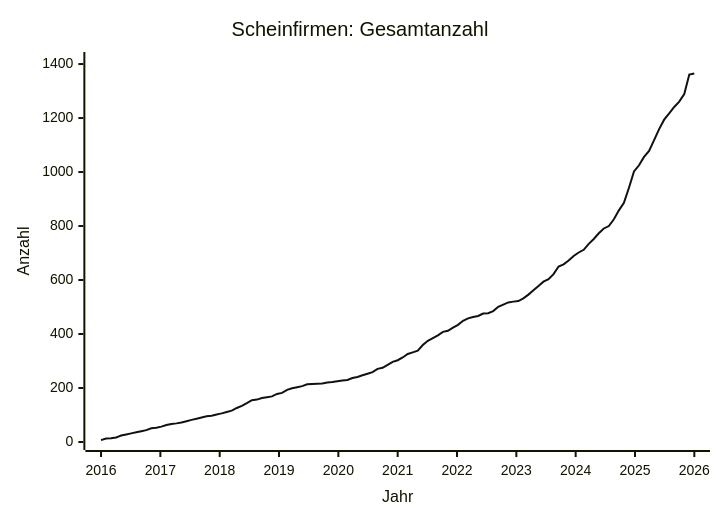
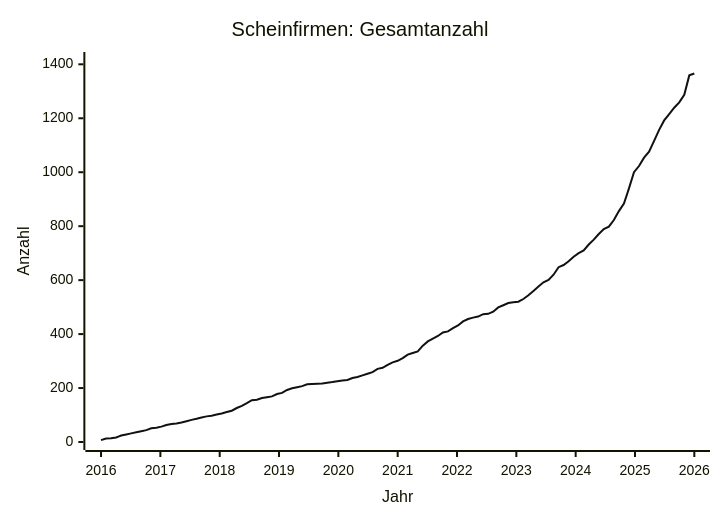
The diagram in data/STATS.md (arjoma/scheinfirmen-at), drawn with Mermaid before and after one commit. The commit also changed other lines of this file and 3 other files, not shown here.

````diff
--- a/data/STATS.md
+++ b/data/STATS.md
@@ -9,13 +9,13 @@
 ```mermaid
 ---
 config:
   themeVariables:
     xyChart:
       plotColorPalette: "#111111"
 ---
 xychart-beta
     title "Scheinfirmen: Gesamtanzahl"
     x-axis "Jahr" 2016 --> 2026
-    y-axis "Anzahl" 0 --> 1415
-    line [7, 13, 14, 17, 24, 28, 32, 36, 40, 44, 51, 53, 57, 63, 67, 69, 72, 77, 82, 86, 91, 95, 97, 102, 106, 111, 116, 126, 134, 144, 155, 157, 163, 166, 169, 178, 182, 193, 199, 203, 207, 214, 215, 216, 217, 220, 222, 225, 228, 230, 237, 241, 247, 253, 259, 271, 275, 286, 297, 303, 313, 326, 332, 338, 359, 375, 385, 395, 408, 412, 424, 434, 449, 458, 463, 467, 476, 477, 485, 501, 509, 517, 520, 522, 532, 546, 562, 578, 594, 603, 622, 650, 658, 672, 689, 702, 712, 734, 752, 773, 791, 800, 825, 858, 886, 942, 1002, 1025, 1056, 1078, 1118, 1159, 1194, 1217, 1241, 1261, 1289, 1361, 1365]
+    y-axis "Anzahl" 0 --> 1416
+    line [7, 13, 14, 17, 24, 28, 32, 36, 40, 44, 51, 53, 57, 63, 67, 69, 72, 77, 82, 86, 91, 95, 97, 102, 106, 111, 116, 126, 134, 144, 155, 157, 163, 166, 169, 178, 182, 193, 199, 203, 207, 214, 215, 216, 217, 220, 222, 225, 228, 230, 237, 241, 247, 253, 259, 271, 275, 286, 295, 301, 311, 324, 330, 336, 357, 373, 383, 393, 406, 410, 422, 432, 447, 456, 461, 465, 474, 475, 483, 499, 507, 515, 518, 520, 530, 544, 560, 576, 592, 601, 620, 648, 656, 670, 687, 700, 710, 732, 750, 771, 789, 798, 823, 856, 884, 940, 1000, 1023, 1054, 1076, 1116, 1157, 1192, 1215, 1239, 1259, 1287, 1359, 1366]
 ```
````
